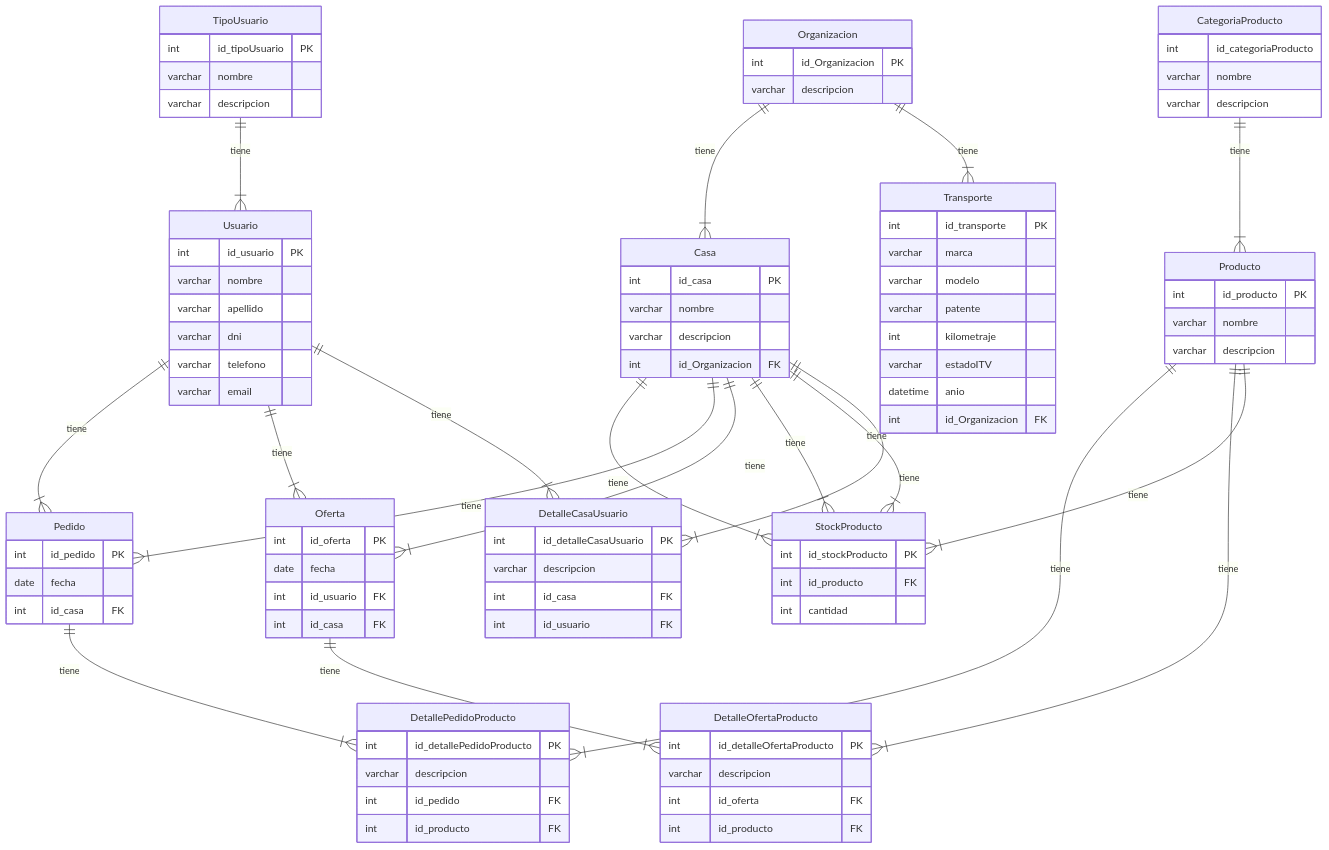
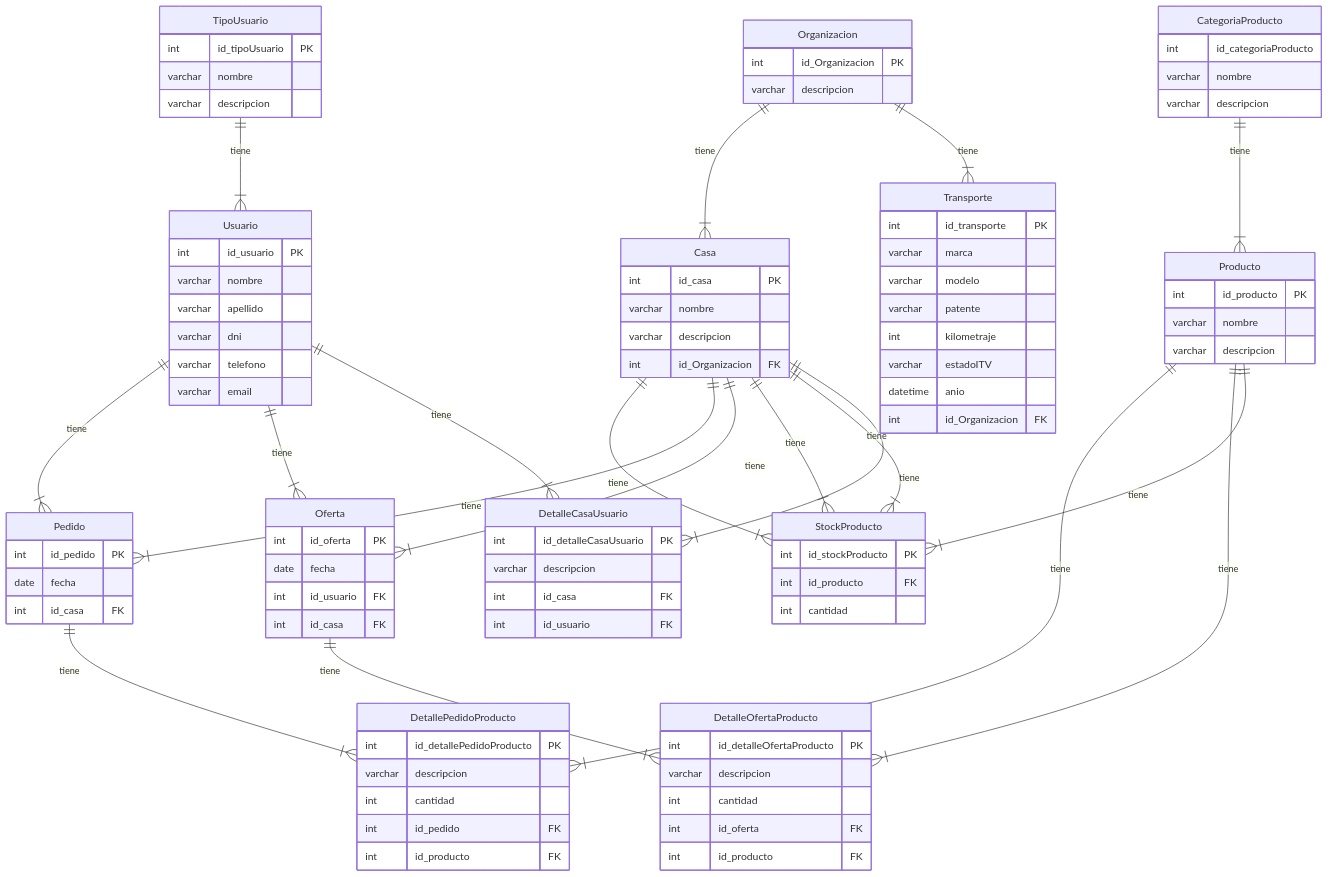
One commit to FrancoECeballos/FAT2024G3 changed the diagram in Diagramas/Er.mmd. Above: the diagram before and after it, drawn with Mermaid.

```diff
--- a/Diagramas/Er.mmd
+++ b/Diagramas/Er.mmd
@@ -1,105 +1,107 @@
 erDiagram
 
 Organizacion{
     int id_Organizacion PK
     varchar descripcion
 }
 Usuario{
     int id_usuario PK
     varchar nombre
     varchar apellido
     varchar dni
     varchar telefono
     varchar email
 }
 TipoUsuario{
     int id_tipoUsuario PK
     varchar nombre
     varchar descripcion
 }
 Casa{
     int id_casa PK
     varchar nombre
     varchar descripcion
     int id_Organizacion FK
 }
 DetalleCasaUsuario{
     int id_detalleCasaUsuario PK
     varchar descripcion
     int id_casa FK
     int id_usuario FK
 }
 StockProducto{
     int id_stockProducto PK
     int id_producto FK
     int cantidad
 }
 CategoriaProducto{
     int id_categoriaProducto
     varchar nombre
     varchar descripcion
 }
 Producto{
     int id_producto PK
     varchar nombre
     varchar descripcion
 }
 Pedido{
     int id_pedido PK
     date fecha
     int id_casa FK
 }
 Oferta{
     int id_oferta PK
     date fecha
     int id_usuario FK
     int id_casa FK
 }
 DetallePedidoProducto{
     int id_detallePedidoProducto PK
     varchar descripcion
+    int cantidad
     int id_pedido FK
     int id_producto FK
 }
 DetalleOfertaProducto{
     int id_detalleOfertaProducto PK
     varchar descripcion
+    int cantidad
     int id_oferta FK
     int id_producto FK
 }
 
 Transporte{
     int id_transporte PK
     varchar marca
     varchar modelo
     varchar patente
     int kilometraje
     varchar estadoITV
     datetime anio
     int id_Organizacion FK
 }
 
 Organizacion ||--|{ Casa : "tiene"
 Organizacion ||--|{ Transporte : "tiene"
 Casa ||--|{ StockProducto : "tiene"
 
 TipoUsuario ||--|{ Usuario : "tiene"
 Usuario ||--|{ Pedido : "tiene"
 Usuario ||--|{ Oferta : "tiene"
 
 Casa ||--|{ Pedido : "tiene"
 Casa ||--|{ Oferta : "tiene"
 Casa ||--|{ StockProducto : "tiene"
 Casa ||--|{ StockProducto : "tiene"
 
 Casa ||--|{ DetalleCasaUsuario : "tiene"
 Usuario ||--|{ DetalleCasaUsuario : "tiene"
 
 Pedido ||--|{ DetallePedidoProducto : "tiene"
 Oferta ||--|{ DetalleOfertaProducto : "tiene"
 Producto ||--|{ DetallePedidoProducto : "tiene"
 Producto ||--|{ DetalleOfertaProducto : "tiene"
 
 CategoriaProducto ||--|{ Producto : "tiene"
 
 Producto ||--|{ StockProducto : "tiene"
```
